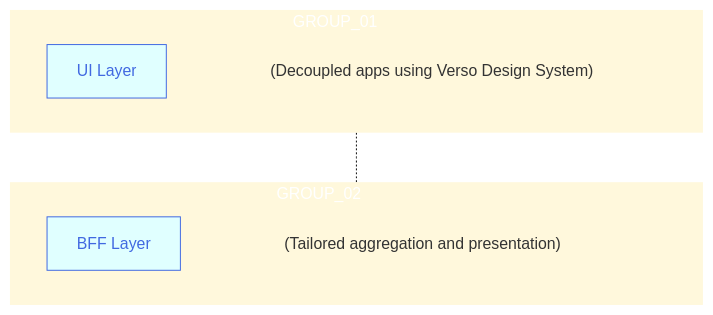
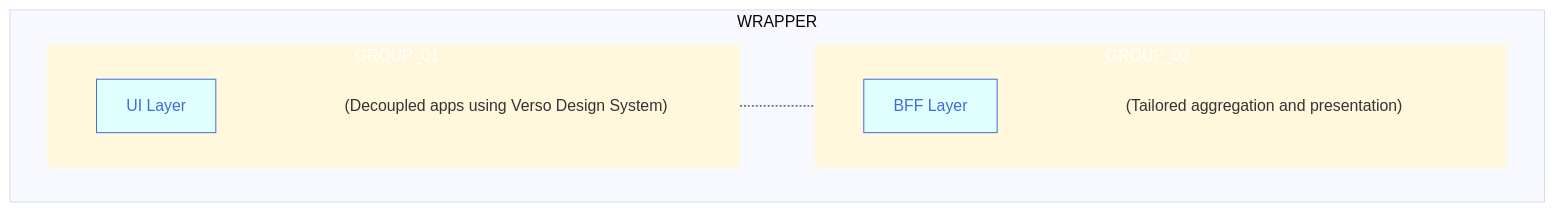
The diagram in buttons_mermaid_v5.md (joe-dorward/samples), drawn with Mermaid (base theme) before and after one commit.

````diff
--- a/buttons_mermaid_v5.md
+++ b/buttons_mermaid_v5.md
@@ -3,42 +3,44 @@
 ```mermaid
   %%{
     init: {
       "flowchart": { "markdownAutoWrap":"false", "textWrap":"false", "textAlign":"left", "wrappingWidth": "100%" }
     }
   }%%
   flowchart TD
 
   classDef Button fill:lightcyan, stroke:royalblue, color:royalblue;
   classDef Note fill:transparent, stroke-width:0px
   %% ---------- ---------- ---------- ---------- ---------- ---------- ---------- ---------- ---------- ----------
+subgraph WRAPPER
   subgraph GROUP_01
     direction LR
 
     BUTTON_01_NOTE["(Decoupled apps using Verso Design System)"]:::Note
     BUTTON_01["UI Layer"]:::Button
     click BUTTON_01 "https://en.wikipedia.org/wiki/Main_Page" _blank
 
     BUTTON_01~~~
     BUTTON_01_NOTE
   end
   %% ---------- ---------- ---------- ---------- ---------- ---------- ---------- ---------- ---------- ----------
   subgraph GROUP_02
     direction LR
 
     BUTTON_02_NOTE["(Tailored aggregation and presentation)"]:::Note
     BUTTON_02["BFF Layer"]:::Button
     click BUTTON_02 "https://en.wikipedia.org/wiki/Main_Page" _blank
 
     BUTTON_02~~~
     BUTTON_02_NOTE
   end
+end
   %% ---------- ---------- ---------- ---------- ---------- ---------- ---------- ---------- ---------- ----------
 
 GROUP_01-.-GROUP_02
 
 %%BUTTON_01-->BUTTON_02
 
   style GROUP_01 fill:cornsilk, color:white, stroke-width:0px, width: 700px
   style GROUP_02 fill:cornsilk, color:white, stroke-width:0px, width: 700px
 
 ```
````
